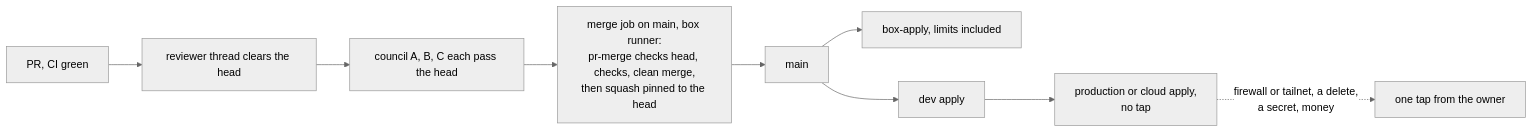
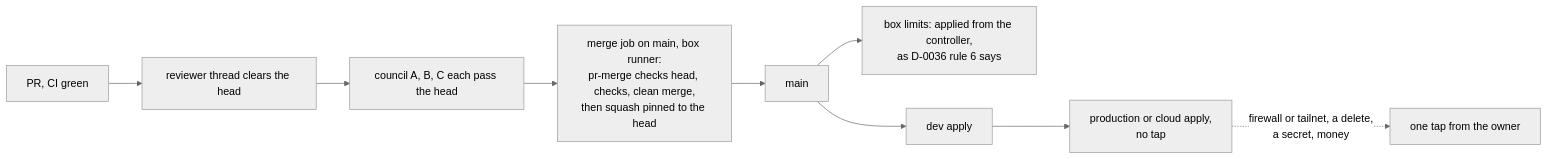
Before and after one commit to jonhill90/central-hub: the diagram in docs/decisions/0042-let-agents-approve-every-reversible-change-in-the-owners-place.md, drawn with Mermaid (neutral theme). The commit also changed other lines of this file and 2 other files, not shown here.

First line of the commit message:
docs: D-0042 leaves how box limit changes are applied as it is

````diff
--- a/docs/decisions/0042-let-agents-approve-every-reversible-change-in-the-owners-place.md
+++ b/docs/decisions/0042-let-agents-approve-every-reversible-change-in-the-owners-place.md
@@ -55,11 +55,11 @@
 ```mermaid
 flowchart LR
   pr["PR, CI green"] --> rv["reviewer thread clears the head"]
   rv --> cn["council A, B, C each pass the head"]
   cn --> job["merge job on main, box runner:<br/>pr-merge checks head, checks, clean merge,<br/>then squash pinned to the head"]
   job --> main["main"]
-  main --> box["box-apply, limits included"]
+  main --> box["box limits: applied from the controller,<br/>as D-0036 rule 6 says"]
   main --> dev["dev apply"]
   dev --> prod["production or cloud apply,<br/>no tap"]
   prod -. "firewall or tailnet, a delete,<br/>a secret, money" .-> tap["one tap from the owner"]
 ```
````
